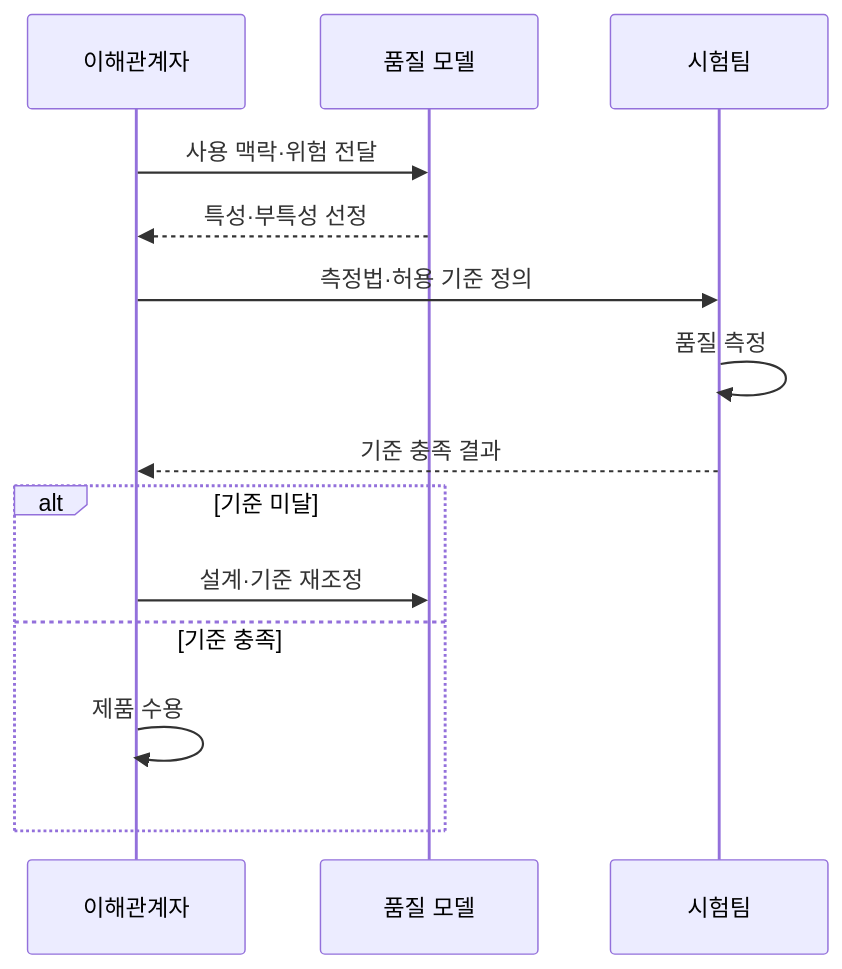
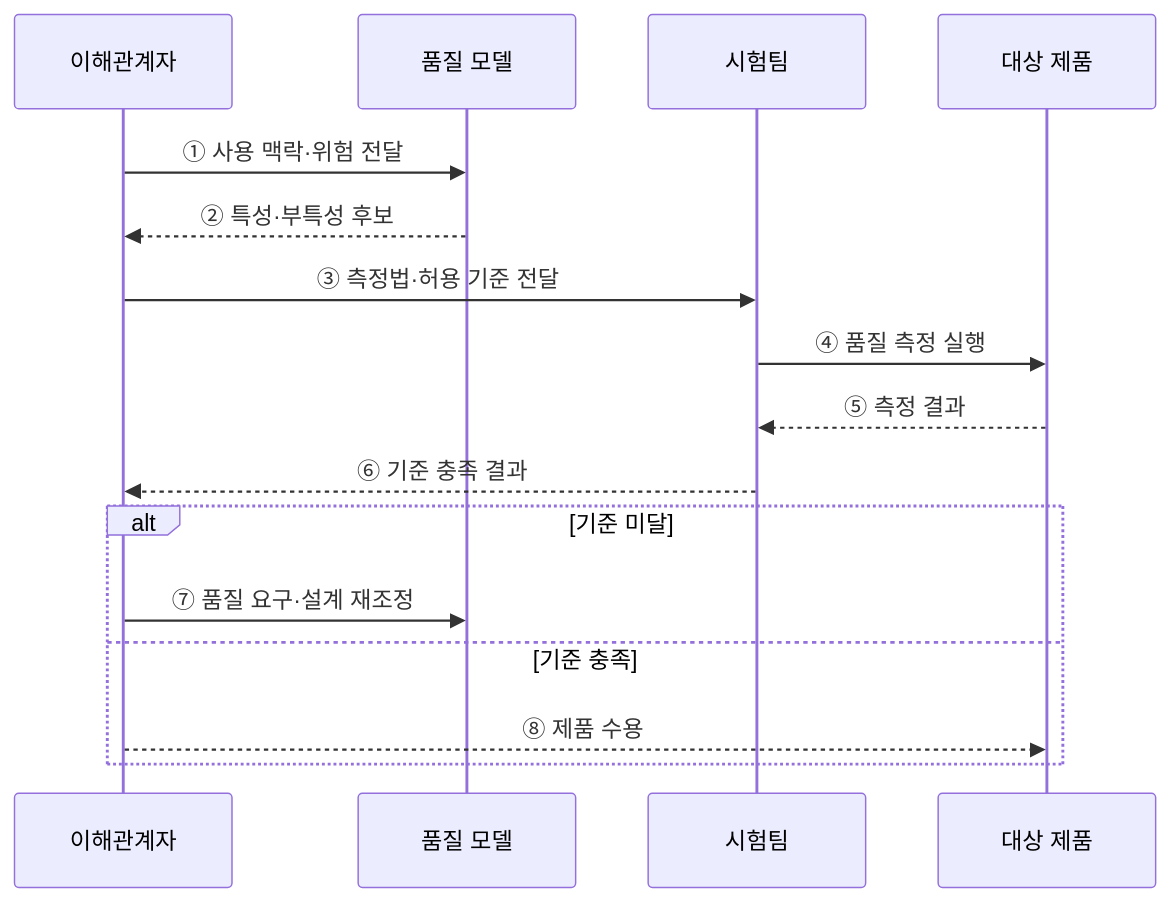
Before and after one commit to agnusdei1207/knowledge-base: the second of 2 diagrams in src/content/docs/notes/03-software/069_software_quality_iso_25010.md, drawn with Mermaid. The commit also changed other lines of this file and 20 other files, not shown here.

````diff
--- a/src/content/docs/notes/03-software/069_software_quality_iso_25010.md
+++ b/src/content/docs/notes/03-software/069_software_quality_iso_25010.md
@@ -78,16 +68,18 @@
 ```mermaid
 sequenceDiagram
     participant S as 이해관계자
     participant Q as 품질 모델
     participant T as 시험팀
-    S->>Q: 사용 맥락·위험 전달
-    Q-->>S: 특성·부특성 선정
-    S->>T: 측정법·허용 기준 정의
-    T->>T: 품질 측정
-    T-->>S: 기준 충족 결과
+    participant P as 대상 제품
+    S->>Q: ① 사용 맥락·위험 전달
+    Q-->>S: ② 특성·부특성 후보
+    S->>T: ③ 측정법·허용 기준 전달
+    T->>P: ④ 품질 측정 실행
+    P-->>T: ⑤ 측정 결과
+    T-->>S: ⑥ 기준 충족 결과
     alt 기준 미달
-        S->>Q: 설계·기준 재조정
+        S->>Q: ⑦ 품질 요구·설계 재조정
     else 기준 충족
-        S->>S: 제품 수용
+        S-->>P: ⑧ 제품 수용
     end
 ```
````
